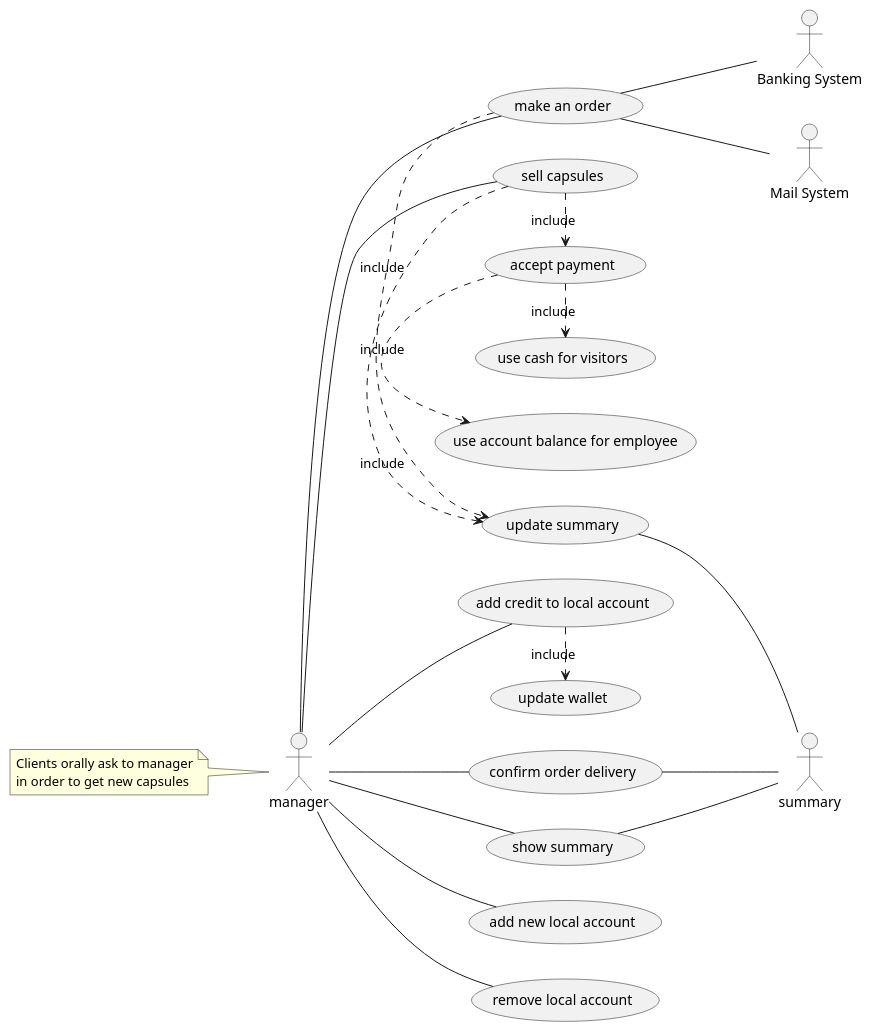
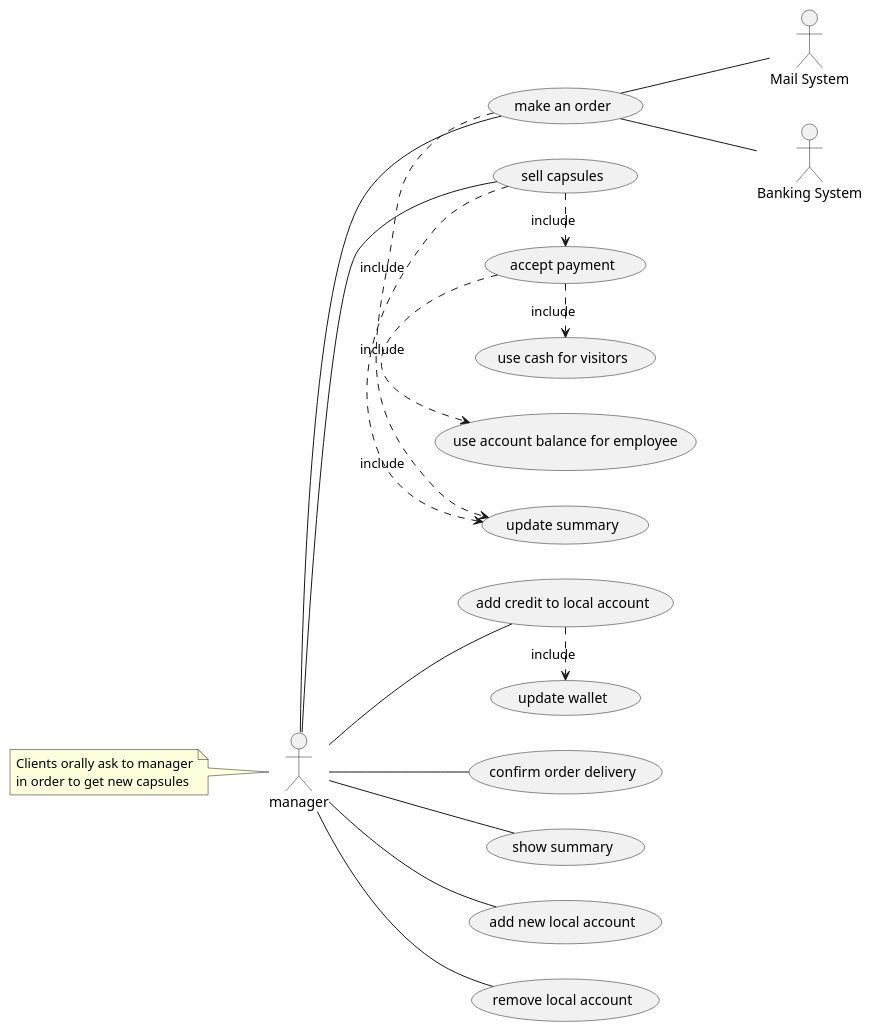
The second of 4 diagrams in templates/RequirementsTemplate.md (DarkSee/LaTazza), drawn with PlantUML before and after one commit. The commit also changed other lines of this file, not shown here.

Commit message:
Removed summary as actor

````diff
--- a/templates/RequirementsTemplate.md
+++ b/templates/RequirementsTemplate.md
@@ -167,38 +164,34 @@
 ```plantuml
 left to right direction
 skinparam packageStyle rectangular
 
 actor "Mail System" as ms
-actor summary as s
 actor manager as m
 note left 
         Clients orally ask to manager
         in order to get new capsules 
 end note
 
 actor "Banking System" as bs
 
 
 m -- (sell capsules)
 m -- (make an order)
 m -- (confirm order delivery)
-(confirm order delivery) -- s
 m -- (show summary)
-(show summary) -- s
 m -- (add credit to local account)
 m -- (add new local account)
 m -- (remove local account)
-(update summary) -- s
 
 (make an order) -- bs
 (make an order) -- ms
 (make an order) .> (update summary) : include
 
 
 (sell capsules) .> (accept payment): include
 (accept payment) .> (use account balance for employee): include
 (accept payment) .> (use cash for visitors) : include
 (sell capsules) .> (update summary) : include
 (add credit to local account) .> (update wallet) : include
 
 ```
````
